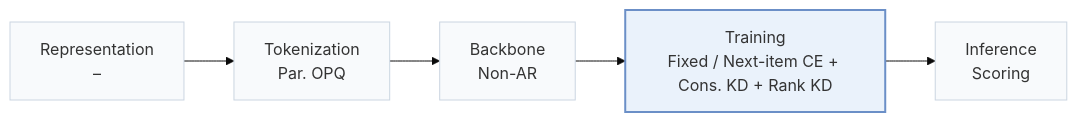
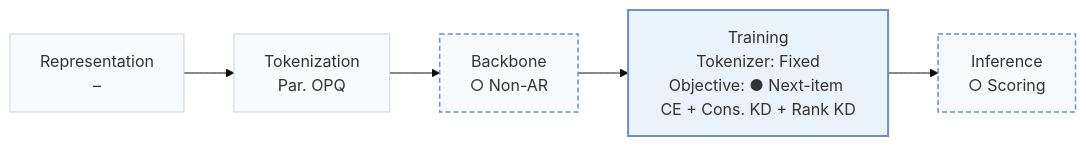
The first of 2 diagrams in pages/papers/onechord.md (Galaxy-ghost/Awesome-SID-Generative-Rec), drawn with Mermaid (base theme) before and after one commit. The commit also changed other lines of this file and 558 other files, not shown here.

````diff
--- a/pages/papers/onechord.md
+++ b/pages/papers/onechord.md
@@ -15,8 +18,10 @@
 ```mermaid
 flowchart LR
-    R["Representation<br/>–"] --> T["Tokenization<br/>Par. OPQ"] --> B["Backbone<br/>Non-AR"] --> TR["Training<br/>Fixed / Next-item CE + Cons. KD + Rank KD"] --> I["Inference<br/>Scoring"]
+    R["Representation<br/>–"] --> T["Tokenization<br/>Par. OPQ"] --> B["Backbone<br/>○ Non-AR"] --> TR["Training<br/>Tokenizer: Fixed<br/>Objective: ● Next-item CE + Cons. KD + Rank KD"] --> I["Inference<br/>○ Scoring"]
     classDef base fill:#f8fafc,stroke:#cbd5e1
     class R,T,B,TR,I base
+    classDef other fill:#f8fafc,stroke:#6b8fc7,stroke-width:1.5px,stroke-dasharray:5 3
+    class B,I other
     classDef main fill:#eaf2fb,stroke:#6b8fc7,stroke-width:2px
     class TR main
 ```
````
